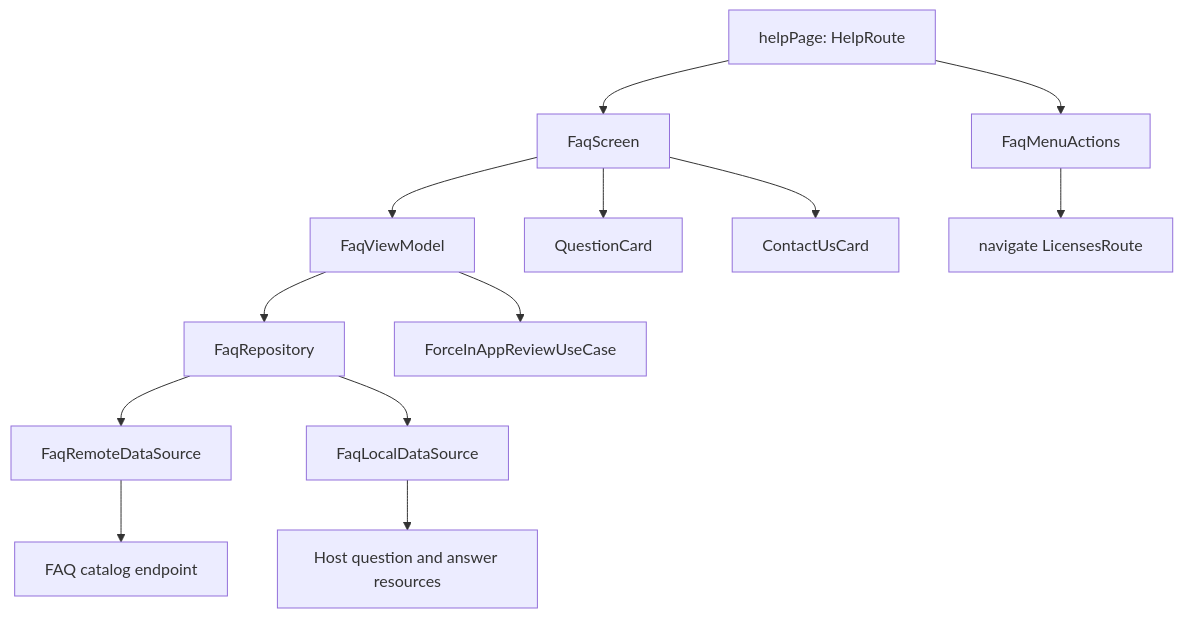
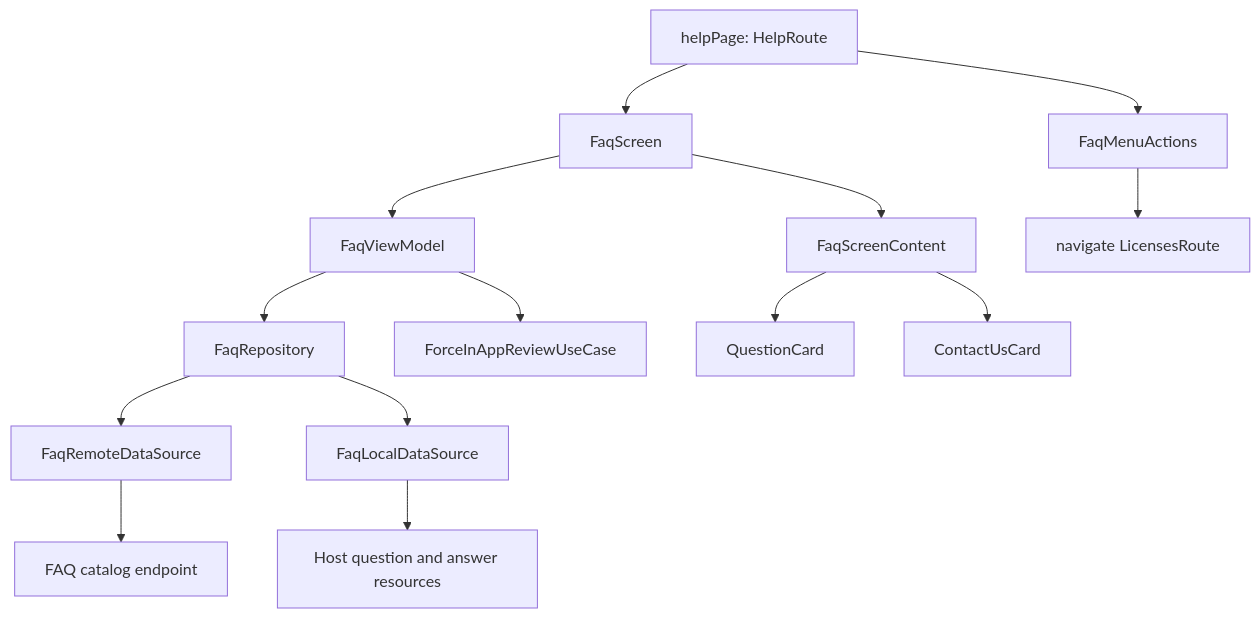
One commit to MihaiCristianCondrea/App-Toolkit-for-Android changed the diagram in library/feature/faq/README.md. Above: the diagram before and after it, drawn with Mermaid. The commit also changed other lines of this file and 216 other files, not shown here.

````diff
--- a/library/feature/faq/README.md
+++ b/library/feature/faq/README.md
@@ -86,15 +87,16 @@
 ```mermaid
 flowchart TD
     Page[helpPage: HelpRoute] --> Screen[FaqScreen]
     Page --> Menu[FaqMenuActions]
     Screen --> VM[FaqViewModel]
+    Screen --> Content[FaqScreenContent]
     VM --> Repo[FaqRepository]
     Repo --> Remote[FaqRemoteDataSource]
     Remote --> Catalog[FAQ catalog endpoint]
     Repo --> Local[FaqLocalDataSource]
     Local --> Resources[Host question and answer resources]
-    Screen --> Card[QuestionCard]
-    Screen --> Contact[ContactUsCard]
+    Content --> Card[QuestionCard]
+    Content --> Contact[ContactUsCard]
     VM --> Review[ForceInAppReviewUseCase]
     Menu --> Licenses[navigate LicensesRoute]
 ```
````
